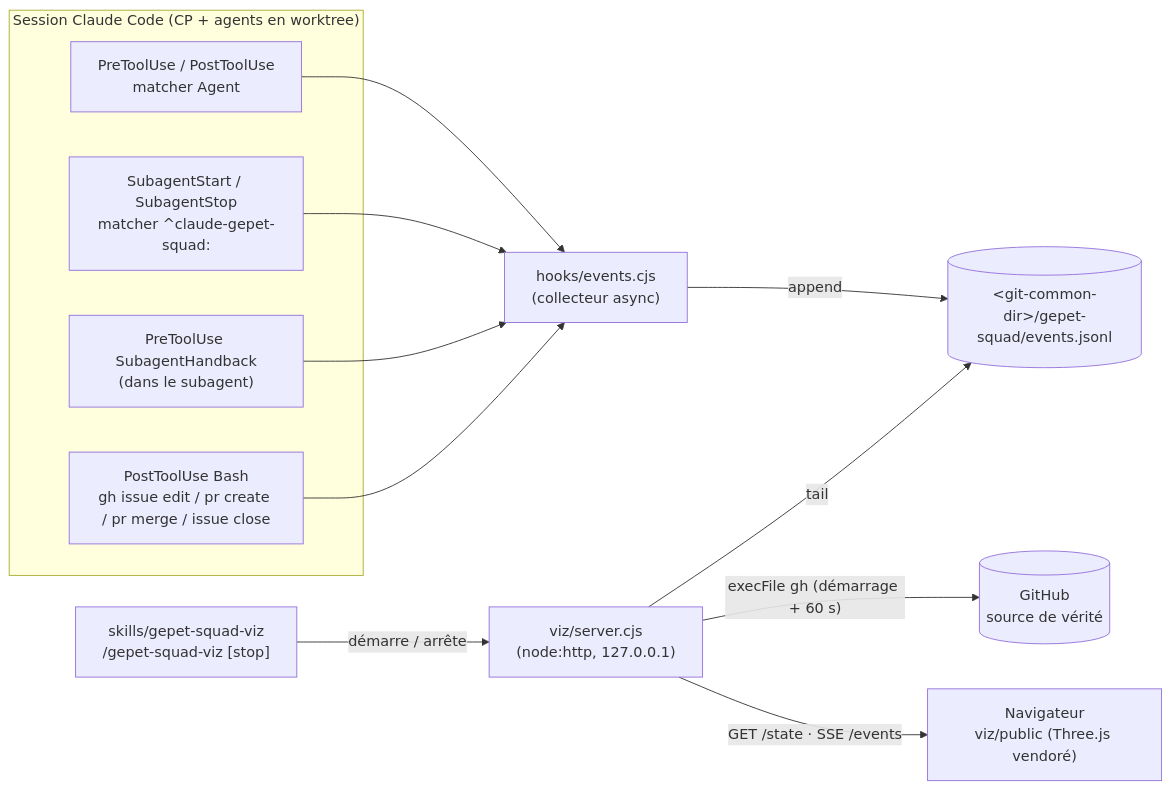
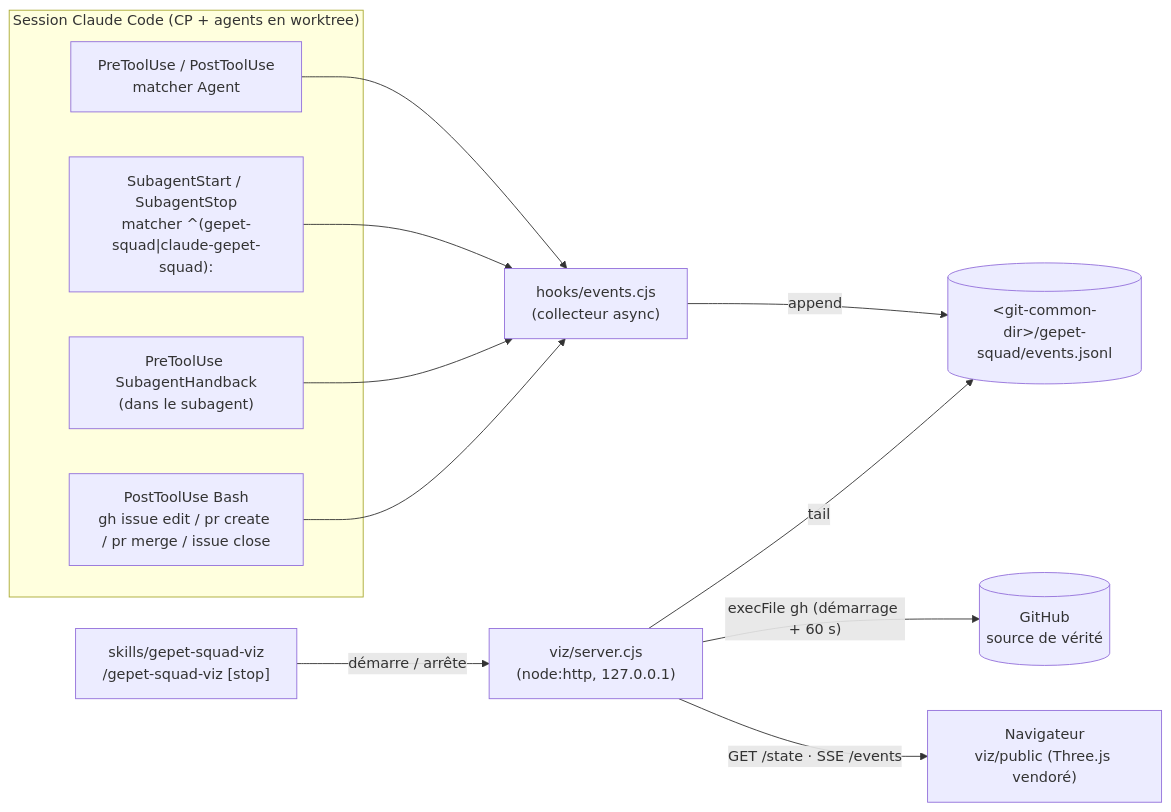
One commit to gepet-io/gepet-squad changed the diagram in docs/architecture/ARCHITECTURE.md. Above: the diagram before and after it, drawn with Mermaid. The commit also changed other lines of this file and 6 other files, not shown here.

First line of the commit message:
docs(plugin): documente le renommage en gepet-squad

````diff
--- a/docs/architecture/ARCHITECTURE.md
+++ b/docs/architecture/ARCHITECTURE.md
@@ -34,15 +34,15 @@
 ```mermaid
 flowchart LR
   subgraph CC["Session Claude Code (CP + agents en worktree)"]
     H1["PreToolUse / PostToolUse<br/>matcher Agent"]
-    H2["SubagentStart / SubagentStop<br/>matcher ^claude-gepet-squad:"]
+    H2["SubagentStart / SubagentStop<br/>matcher ^(gepet-squad|claude-gepet-squad):"]
     H3["PreToolUse SubagentHandback<br/>(dans le subagent)"]
     H4["PostToolUse Bash<br/>gh issue edit / pr create / pr merge / issue close"]
   end
   H1 & H2 & H3 & H4 --> C["hooks/events.cjs<br/>(collecteur async)"]
   C -->|append| J[("&lt;git-common-dir&gt;/gepet-squad/events.jsonl")]
   S["viz/server.cjs<br/>(node:http, 127.0.0.1)"] -->|tail| J
   S -->|"execFile gh (démarrage + 60 s)"| GH[("GitHub<br/>source de vérité")]
   S -->|"GET /state · SSE /events"| B["Navigateur<br/>viz/public (Three.js vendoré)"]
   K["skills/gepet-squad-viz<br/>/gepet-squad-viz [stop]"] -->|démarre / arrête| S
 ```
````
